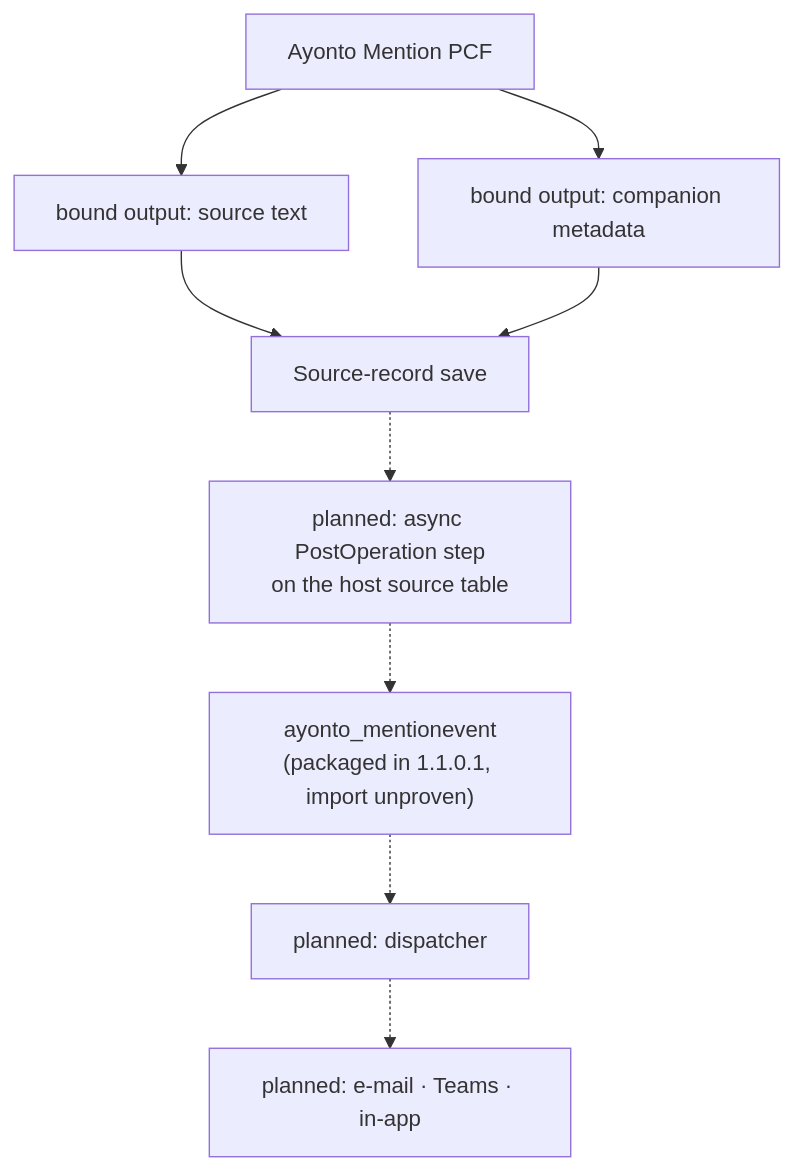
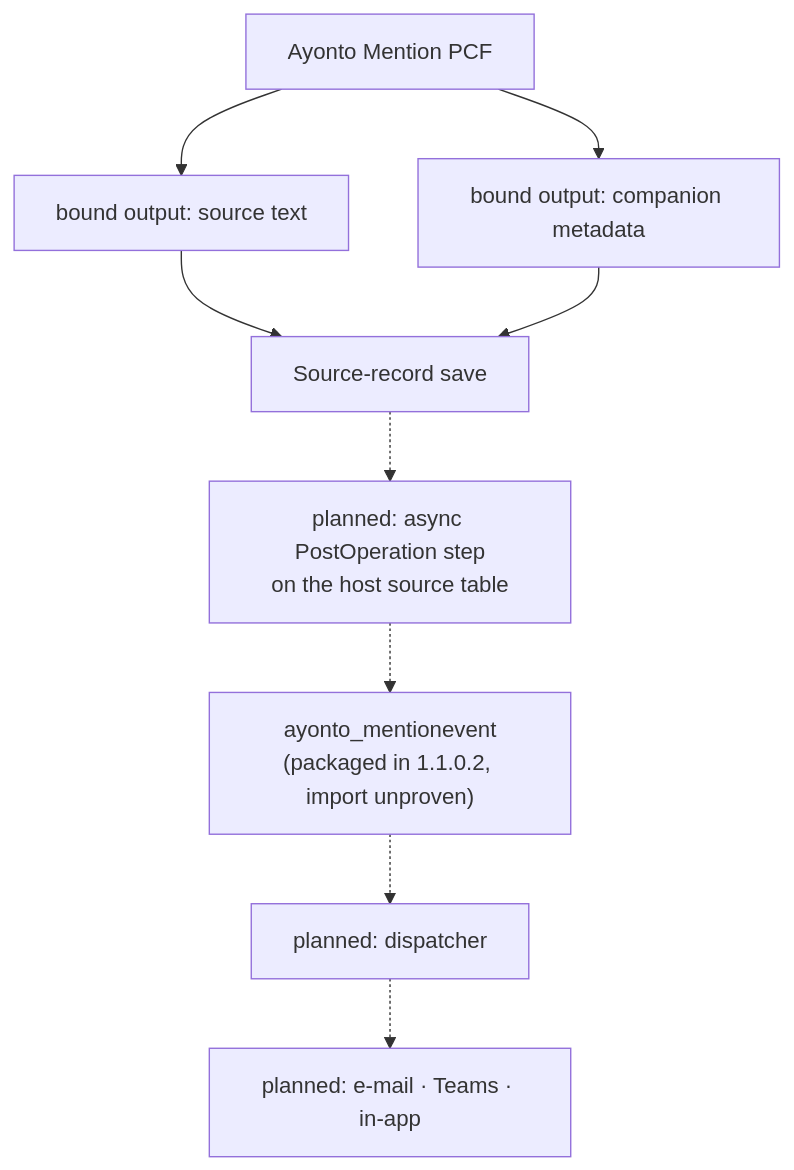
One commit to Ayonto-Digital-Solutions/ayonto-mention changed the diagram in docs/server-architecture.md. Above: the diagram before and after it, drawn with Mermaid. The commit also changed other lines of this file and 10 other files, not shown here.

````diff
--- a/docs/server-architecture.md
+++ b/docs/server-architecture.md
@@ -447,11 +455,11 @@
 ```mermaid
 flowchart TD
     pcf["Ayonto Mention PCF"] --> text["bound output: source text"]
     pcf --> meta["bound output: companion metadata"]
     text --> save["Source-record save"]
     meta --> save
     save -.-> step["planned: async PostOperation step<br/>on the host source table"]
-    step -.-> ledger["ayonto_mentionevent<br/>(packaged in 1.1.0.1, import unproven)"]
+    step -.-> ledger["ayonto_mentionevent<br/>(packaged in 1.1.0.2, import unproven)"]
     ledger -.-> dispatcher["planned: dispatcher"]
     dispatcher -.-> channels["planned: e-mail · Teams · in-app"]
 ```
````
